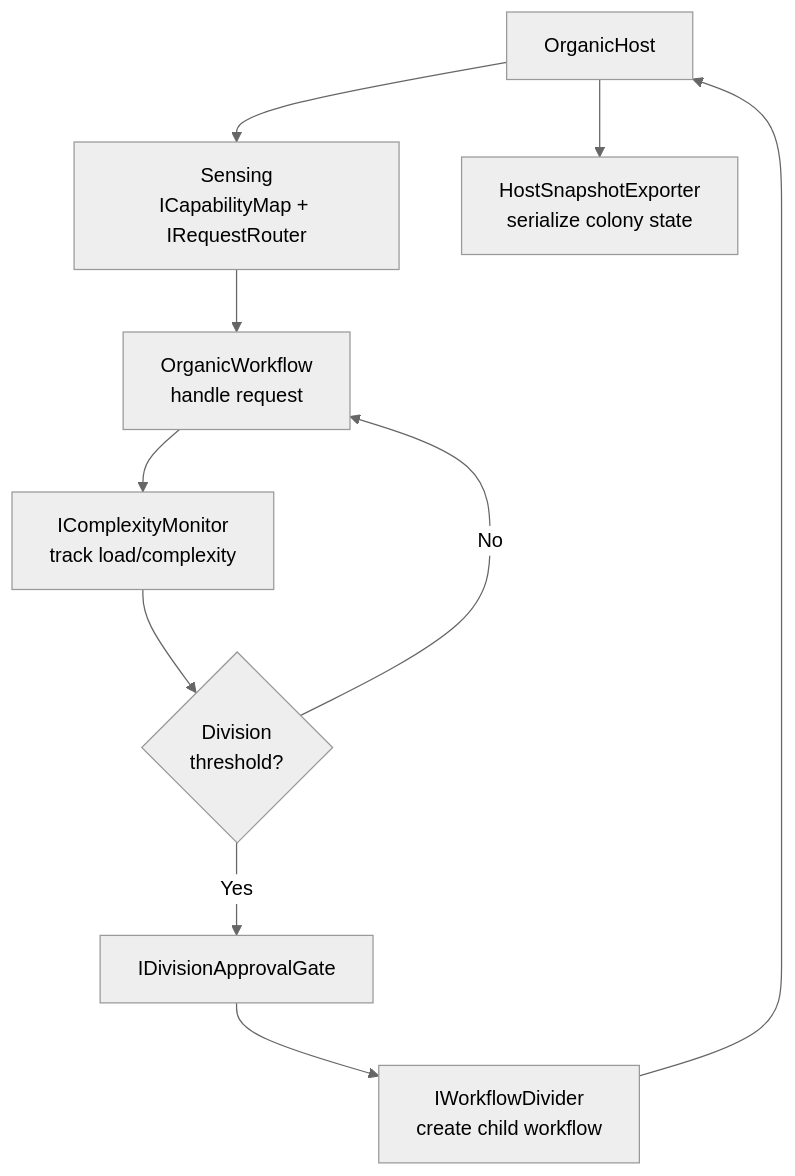
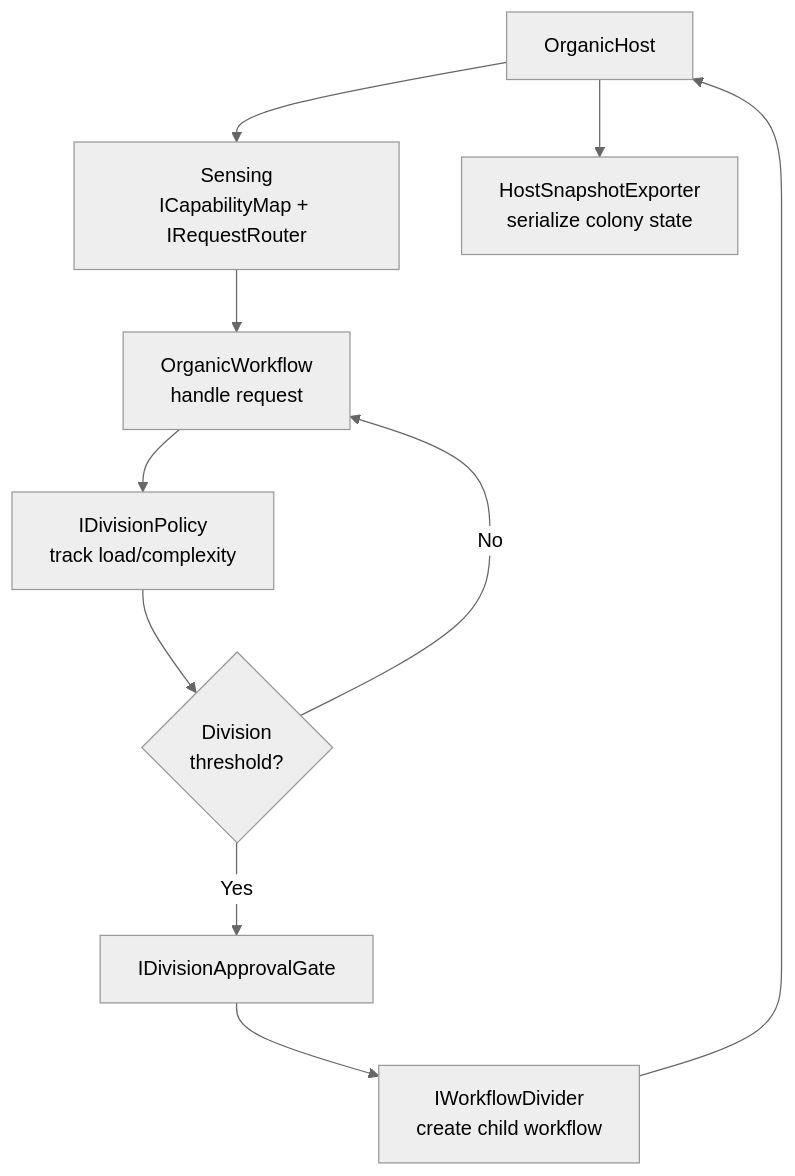
The sixth of 6 diagrams in ARCHITECTURE.md (sevensamurai/Ananke), drawn with Mermaid (neutral theme) before and after one commit. The commit also changed other lines of this file and 71 other files, not shown here.

````diff
--- a/ARCHITECTURE.md
+++ b/ARCHITECTURE.md
@@ -372,12 +372,12 @@
 ```mermaid
 flowchart TD
     HOST[OrganicHost] --> SENSE[Sensing<br/>ICapabilityMap + IRequestRouter]
     SENSE --> WF[OrganicWorkflow<br/>handle request]
-    WF --> MON[IComplexityMonitor<br/>track load/complexity]
+    WF --> MON[IDivisionPolicy<br/>track load/complexity]
     MON --> DIV{Division<br/>threshold?}
     DIV -->|No| WF
     DIV -->|Yes| APPROVE[IDivisionApprovalGate]
     APPROVE --> SPLIT[IWorkflowDivider<br/>create child workflow]
     SPLIT --> HOST
     HOST --> SNAP[HostSnapshotExporter<br/>serialize colony state]
 ```
````
